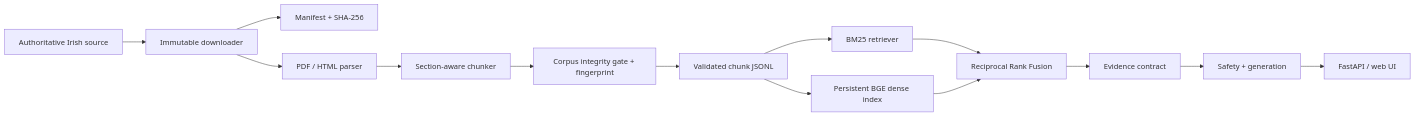
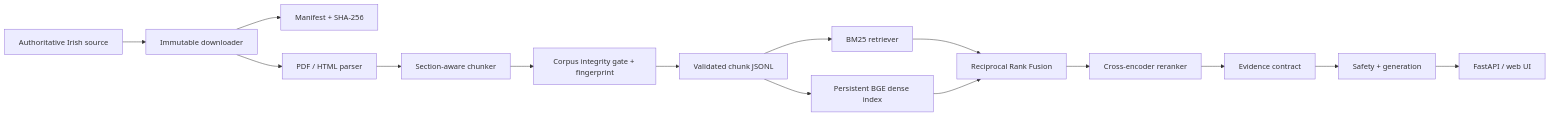
Before and after one commit to Zephyrusgodofwind/ICRAG: the diagram in docs/architecture/system.md, drawn with Mermaid. The commit also changed other lines of this file and 30 other files, not shown here.

````diff
--- a/docs/architecture/system.md
+++ b/docs/architecture/system.md
@@ -3,16 +3,17 @@
 ```mermaid
 flowchart LR
     A["Authoritative Irish source"] --> B["Immutable downloader"]
     B --> C["Manifest + SHA-256"]
     B --> D["PDF / HTML parser"]
     D --> E["Section-aware chunker"]
     E --> V["Corpus integrity gate + fingerprint"]
     V --> F["Validated chunk JSONL"]
     F --> G["BM25 retriever"]
     F --> H["Persistent BGE dense index"]
     G --> I["Reciprocal Rank Fusion"]
     H --> I
-    I --> K["Evidence contract"]
+    I --> J["Cross-encoder reranker"]
+    J --> K["Evidence contract"]
     K --> L["Safety + generation"]
     L --> M["FastAPI / web UI"]
 ```
````
